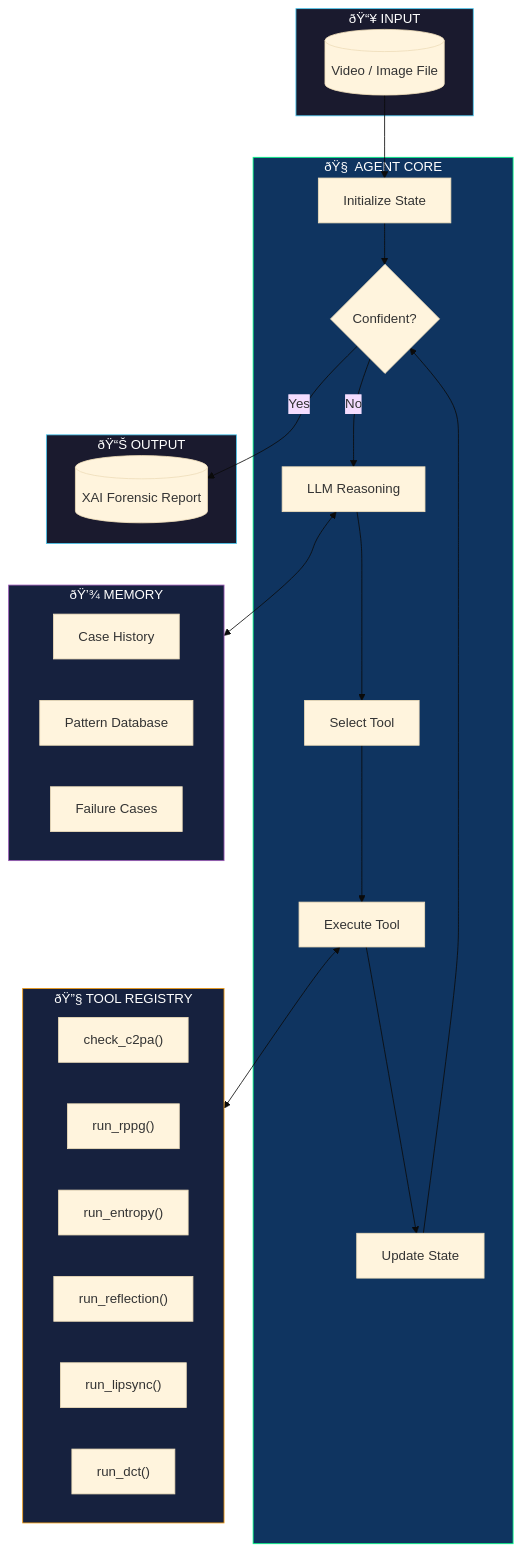
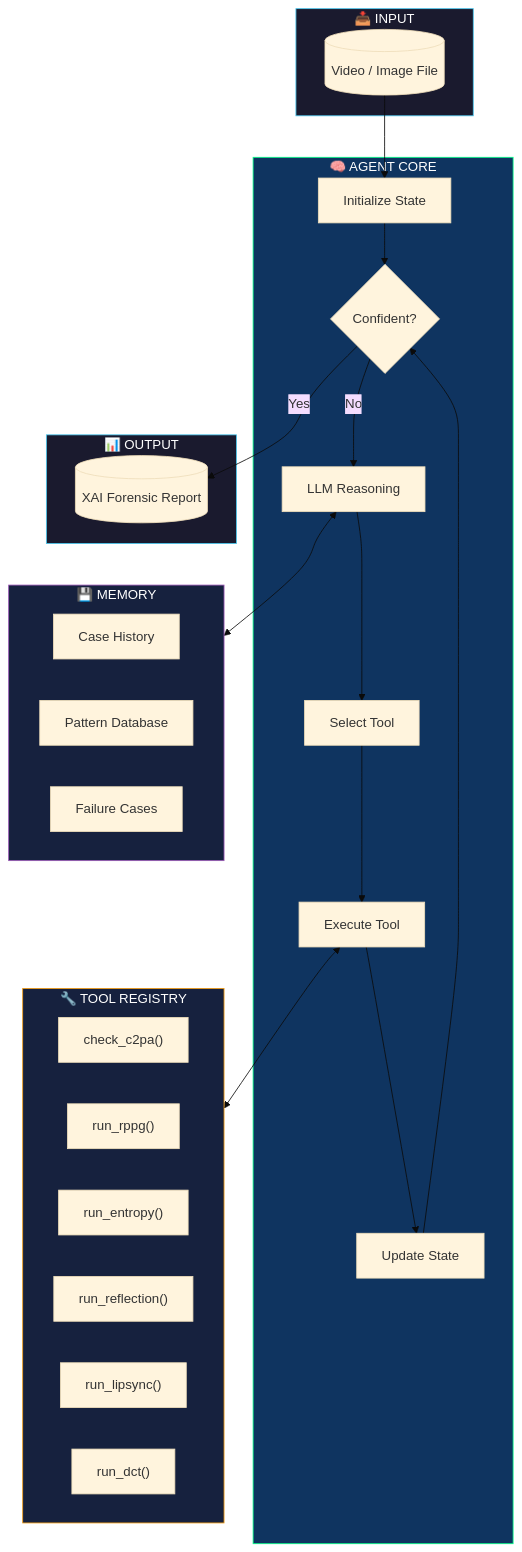
The first of 10 diagrams in README.md (gaurav337/Aegis-X), drawn with Mermaid (base theme) before and after one commit. The commit also changed other lines of this file, not shown here.

````diff
--- a/README.md
+++ b/README.md
@@ -494,50 +494,50 @@
 ```mermaid
 flowchart TD
-    subgraph INPUT["ðŸ“¥ INPUT"]
+    subgraph INPUT["📥 INPUT"]
         A[("Video / Image File")]
     end
 
-    subgraph AGENT["ðŸ§  AGENT CORE"]
+    subgraph AGENT["🧠 AGENT CORE"]
         B["Initialize State"]
         C{"Confident?"}
         D["LLM Reasoning"]
         E["Select Tool"]
         F["Execute Tool"]
         G["Update State"]
     end
 
-    subgraph TOOLS["ðŸ”§ TOOL REGISTRY"]
+    subgraph TOOLS["🔧 TOOL REGISTRY"]
         T1["check_c2pa()"]
         T2["run_rppg()"]
         T3["run_entropy()"]
         T4["run_reflection()"]
         T5["run_lipsync()"]
         T6["run_dct()"]
     end
 
-    subgraph MEMORY["ðŸ’¾ MEMORY"]
+    subgraph MEMORY["💾 MEMORY"]
         M1["Case History"]
         M2["Pattern Database"]
         M3["Failure Cases"]
     end
 
-    subgraph OUTPUT["ðŸ“Š OUTPUT"]
+    subgraph OUTPUT["📊 OUTPUT"]
         H[("XAI Forensic Report")]
     end
 
     A --> B --> C
     C -->|"No"| D
     D --> E
     E --> F
     F <--> TOOLS
     F --> G --> C
     C -->|"Yes"| H
     
     D <--> MEMORY
 
     style INPUT fill:#1a1a2e,stroke:#4cc9f0,color:#fff
     style AGENT fill:#0f3460,stroke:#00ff88,color:#fff
     style TOOLS fill:#16213e,stroke:#f39c12,color:#fff
     style MEMORY fill:#16213e,stroke:#9b59b6,color:#fff
     style OUTPUT fill:#1a1a2e,stroke:#4cc9f0,color:#fff
 ```
````
